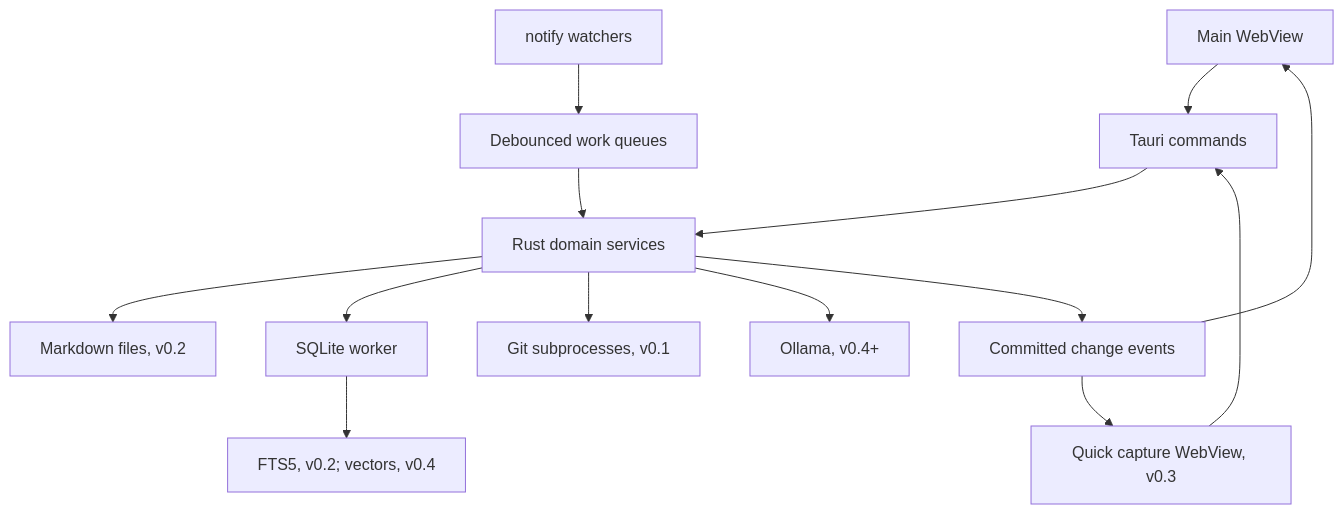
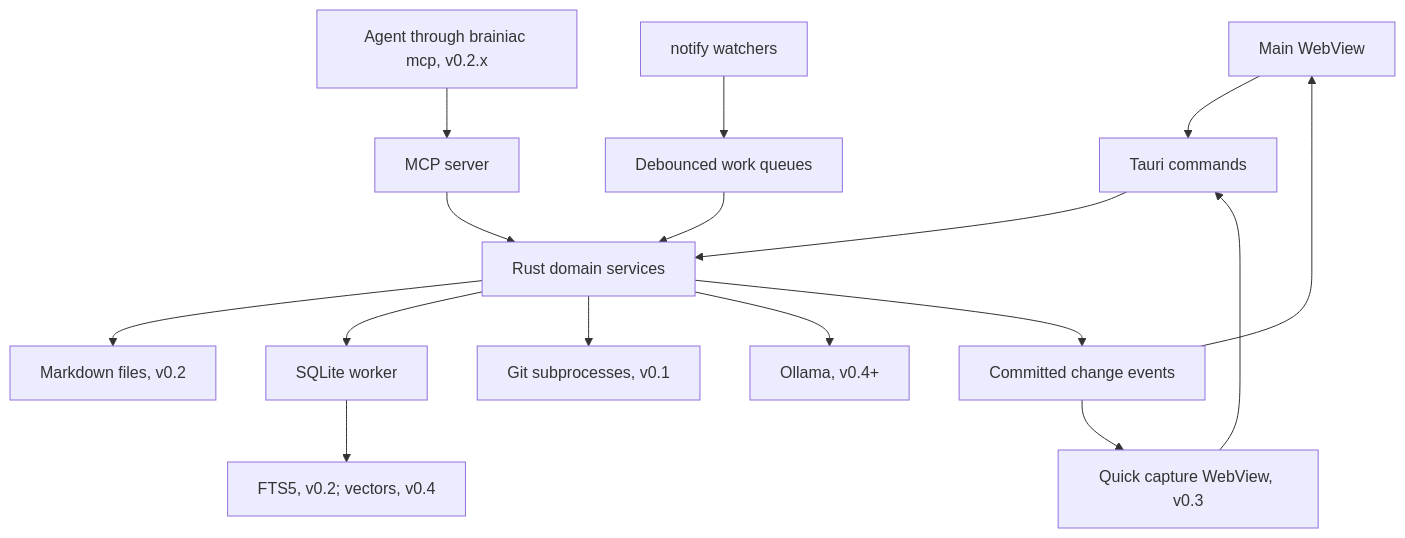
The first of 2 diagrams in docs/architecture.md (B87/brainiac), drawn with Mermaid before and after one commit. The commit also changed other lines of this file and 3 other files, not shown here.

First line of the commit message:
Agent access design: MCP over a Unix socket (spike S5)

````diff
--- a/docs/architecture.md
+++ b/docs/architecture.md
@@ -35,16 +36,18 @@
 ```mermaid
 flowchart TD
     Main[Main WebView] --> IPC[Tauri commands]
+    Agent[Agent through brainiac mcp, v0.2.x] --> MCP[MCP server]
+    MCP --> Services
     Capture[Quick capture WebView, v0.3] --> IPC
     IPC --> Services[Rust domain services]
     Services --> Files[Markdown files, v0.2]
     Services --> DB[SQLite worker]
     Watch[notify watchers] --> Queue[Debounced work queues]
     Queue --> Services
     Services --> Git[Git subprocesses, v0.1]
     Services --> AI[Ollama, v0.4+]
     DB --> Search[FTS5, v0.2; vectors, v0.4]
     Services --> Events[Committed change events]
     Events --> Main
     Events --> Capture
 ```
````
